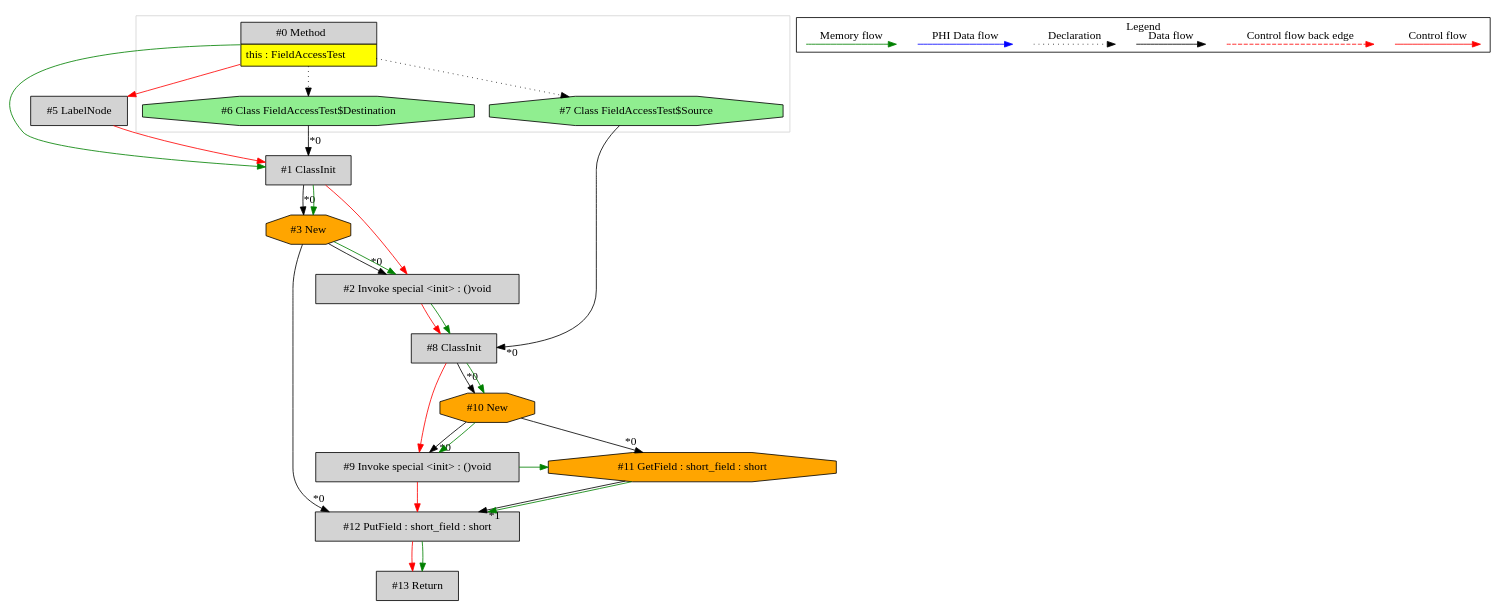
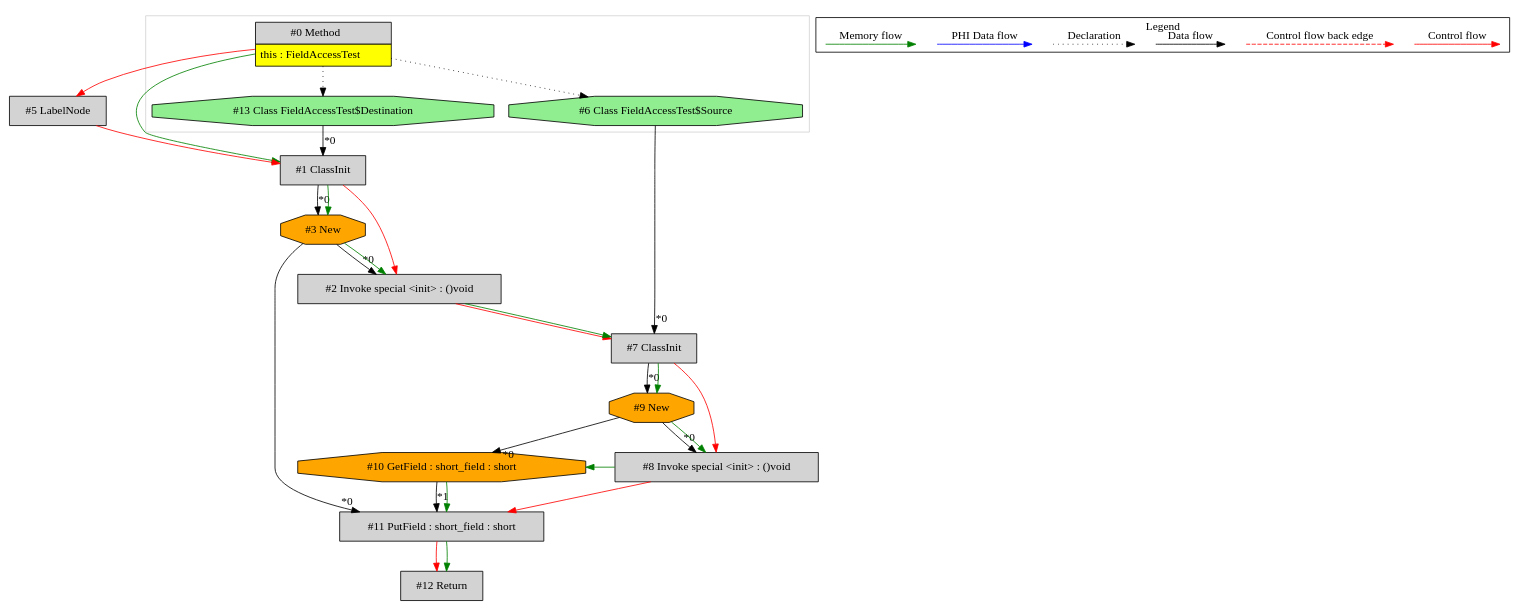
The diagram in de.mirkosertic.metair.ir.examples.FieldAccessTest/copy_short/ir.dot (mirkosertic/MetaIR), drawn with Graphviz before and after one commit. The commit also changed 77 other files, not shown here.

```diff
--- a/de.mirkosertic.metair.ir.examples.FieldAccessTest/copy_short/ir.dot
+++ b/de.mirkosertic.metair.ir.examples.FieldAccessTest/copy_short/ir.dot
@@ -1,74 +1,74 @@
 digraph {
  node0[margin="0", label=<<table border="0" cellborder="1" cellspacing="0" cellpadding="5"><tr><td colspan="1">#0 Method</td></tr><tr><td port="prj4" bgcolor="yellow">this : FieldAccessTest</td></tr></table>>,shape=none, fillcolor=lightgrey, style=filled];
+ node1[label="#1 ClassInit",shape=box, fillcolor=lightgrey, style=filled];
+ node13 -> node1[headlabel="*0", labeldistance=2];
+ node5 -> node1[labeldistance=2, color=red, fontcolor=red];
+ node0 -> node1[labeldistance=2, color=green, constraint=false];
  node5[label="#5 LabelNode",shape=box, fillcolor=lightgrey, style=filled];
  node0 -> node5[labeldistance=2, color=red, fontcolor=red];
- node1[label="#1 ClassInit",shape=box, fillcolor=lightgrey, style=filled];
- node6 -> node1[headlabel="*0", labeldistance=2];
- node5 -> node1[labeldistance=2, color=red, fontcolor=red];
- node0 -> node1[labeldistance=2, color=green, constraint=false];
- node6[label="#6 Class FieldAccessTest$Destination",shape=octagon, fillcolor=lightgreen, style=filled];
- node0 -> node6[style=dotted];
- node3[label="#3 New",shape=octagon, fillcolor=orange, style=filled];
- node1 -> node3[headlabel="*0", labeldistance=2];
- node1 -> node3[labeldistance=2, color=green, constraint=false];
+ node13[label="#13 Class FieldAccessTest$Destination",shape=octagon, fillcolor=lightgreen, style=filled];
+ node0 -> node13[style=dotted];
  node2[label="#2 Invoke special <init> : ()void",shape=box, fillcolor=lightgrey, style=filled];
  node3 -> node2[headlabel="*0", labeldistance=2];
  node1 -> node2[labeldistance=2, color=red, fontcolor=red];
  node3 -> node2[labeldistance=2, color=green, constraint=false];
- node8[label="#8 ClassInit",shape=box, fillcolor=lightgrey, style=filled];
- node7 -> node8[headlabel="*0", labeldistance=2];
- node2 -> node8[labeldistance=2, color=red, fontcolor=red];
- node2 -> node8[labeldistance=2, color=green, constraint=false];
- node7[label="#7 Class FieldAccessTest$Source",shape=octagon, fillcolor=lightgreen, style=filled];
- node0 -> node7[style=dotted];
- node10[label="#10 New",shape=octagon, fillcolor=orange, style=filled];
- node8 -> node10[headlabel="*0", labeldistance=2];
+ node3[label="#3 New",shape=octagon, fillcolor=orange, style=filled];
+ node1 -> node3[headlabel="*0", labeldistance=2];
+ node1 -> node3[labeldistance=2, color=green, constraint=false];
+ node11[label="#11 PutField : short_field : short",shape=box, fillcolor=lightgrey, style=filled];
+ node3 -> node11[headlabel="*0", labeldistance=2];
+ node10 -> node11[headlabel="*1", labeldistance=2];
+ node10 -> node11[labeldistance=2, color=green, constraint=false];
+ node8 -> node11[labeldistance=2, color=red, fontcolor=red];
+ node8[label="#8 Invoke special <init> : ()void",shape=box, fillcolor=lightgrey, style=filled];
+ node9 -> node8[headlabel="*0", labeldistance=2];
+ node7 -> node8[labeldistance=2, color=red, fontcolor=red];
+ node9 -> node8[labeldistance=2, color=green, constraint=false];
+ node9[label="#9 New",shape=octagon, fillcolor=orange, style=filled];
+ node7 -> node9[headlabel="*0", labeldistance=2];
+ node7 -> node9[labeldistance=2, color=green, constraint=false];
+ node7[label="#7 ClassInit",shape=box, fillcolor=lightgrey, style=filled];
+ node6 -> node7[headlabel="*0", labeldistance=2];
+ node2 -> node7[labeldistance=2, color=red, fontcolor=red];
+ node2 -> node7[labeldistance=2, color=green, constraint=false];
+ node6[label="#6 Class FieldAccessTest$Source",shape=octagon, fillcolor=lightgreen, style=filled];
+ node0 -> node6[style=dotted];
+ node10[label="#10 GetField : short_field : short",shape=octagon, fillcolor=orange, style=filled];
+ node9 -> node10[headlabel="*0", labeldistance=2];
  node8 -> node10[labeldistance=2, color=green, constraint=false];
- node9[label="#9 Invoke special <init> : ()void",shape=box, fillcolor=lightgrey, style=filled];
- node10 -> node9[headlabel="*0", labeldistance=2];
- node8 -> node9[labeldistance=2, color=red, fontcolor=red];
- node10 -> node9[labeldistance=2, color=green, constraint=false];
- node11[label="#11 GetField : short_field : short",shape=octagon, fillcolor=orange, style=filled];
- node10 -> node11[headlabel="*0", labeldistance=2];
- node9 -> node11[labeldistance=2, color=green, constraint=false];
- node12[label="#12 PutField : short_field : short",shape=box, fillcolor=lightgrey, style=filled];
- node3 -> node12[headlabel="*0", labeldistance=2];
- node11 -> node12[headlabel="*1", labeldistance=2];
+ node12[label="#12 Return",shape=box, fillcolor=lightgrey, style=filled];
+ node11 -> node12[labeldistance=2, color=red, fontcolor=red];
  node11 -> node12[labeldistance=2, color=green, constraint=false];
- node9 -> node12[labeldistance=2, color=red, fontcolor=red];
- node13[label="#13 Return",shape=box, fillcolor=lightgrey, style=filled];
- node12 -> node13[labeldistance=2, color=red, fontcolor=red];
- node12 -> node13[labeldistance=2, color=green, constraint=false];
  subgraph cluster_0 {
   color=lightgray;
   node0;
   node6;
-  node7;
+  node13;
  }
  subgraph cluster_000 {
   label = "Legend";
   node [shape=point]
   {
    rank=same;
    c0 [style = invis];
    c1 [style = invis];
    c2 [style = invis];
    c3 [style = invis];
    d0 [style = invis];
    d1 [style = invis];
    d2 [style = invis];
    d3 [style = invis];
    d4 [style = invis];
    d5 [style = invis];
    d6 [style = invis];
    d7 [style = invis];
   }
   c0 -> c1 [label="Control flow", style=solid, color=red]
   c2 -> c3 [label="Control flow back edge", style=dashed, color=red]
   d0 -> d1 [label="Data flow"]
   d2 -> d3 [label="Declaration", style=dotted]
   d4 -> d5 [label="PHI Data flow", color=blue]
   d6 -> d7 [label="Memory flow", color=green]
  }
 
 }
```
